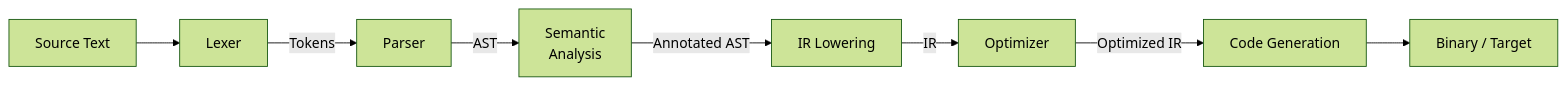
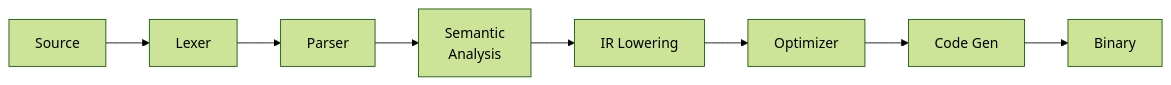
One commit to huangsam/systology changed the diagram in site/content/principles/compiler.md. Above: the diagram before and after it, drawn with Mermaid (forest theme). The commit also changed 3 other files, not shown here.

Commit message:
Shorten a few mermaid LR diagrams

```diff
--- a/site/content/principles/compiler.md
+++ b/site/content/principles/compiler.md
@@ -16,10 +16,10 @@
 {{< mermaid >}}
 graph LR
-    Src[Source Text] --> Lexer
-    Lexer -->|Tokens| Parser
-    Parser -->|AST| Sema[Semantic\nAnalysis]
-    Sema -->|Annotated AST| Lower[IR Lowering]
-    Lower -->|IR| Opt[Optimizer]
-    Opt -->|Optimized IR| CG[Code Generation]
-    CG --> Binary[Binary / Target]
+    Src[Source] --> Lexer
+    Lexer --> Parser
+    Parser --> Sema[Semantic<br>Analysis]
+    Sema --> Lower[IR Lowering]
+    Lower --> Opt[Optimizer]
+    Opt --> CG[Code Gen]
+    CG --> Binary
 {{< /mermaid >}}
```
